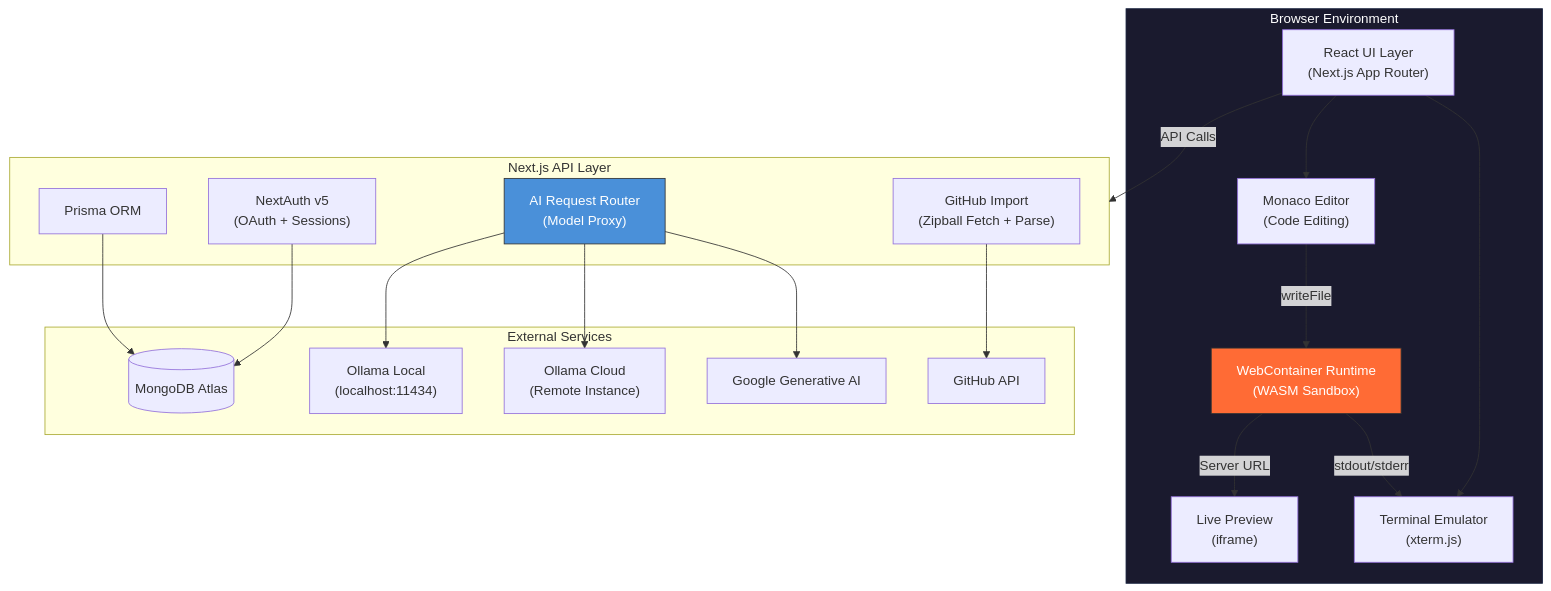
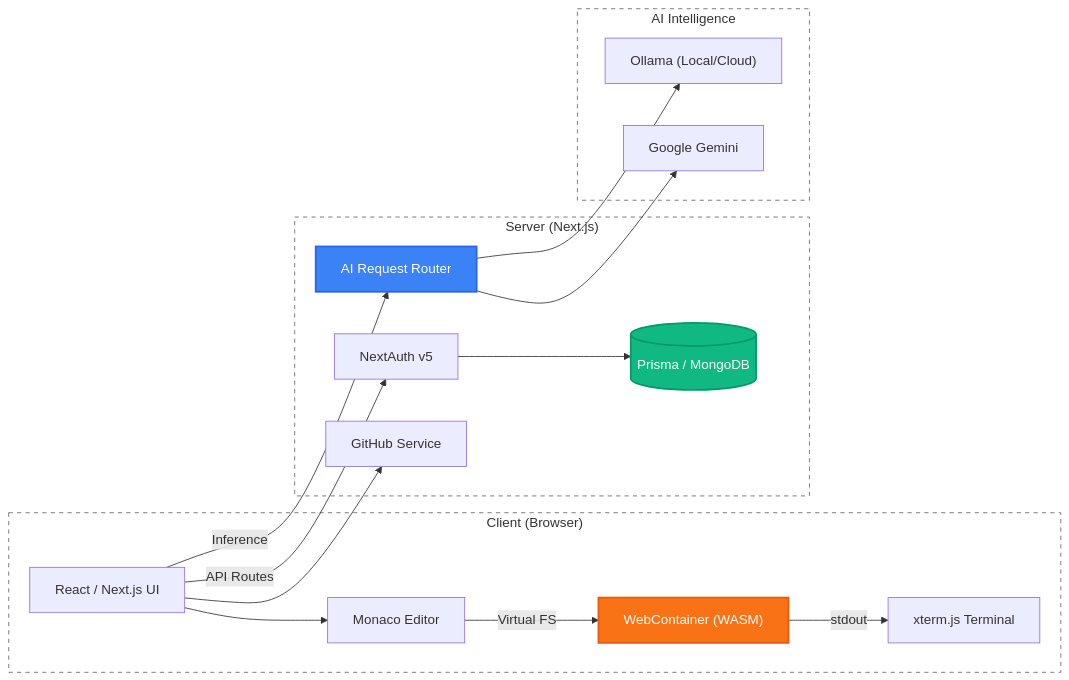
The diagram in README.md (ArunSingh-07/Nimbus), drawn with Mermaid before and after one commit.

Commit message:
docs: improve architecture diagram readability in README

````diff
--- a/README.md
+++ b/README.md
@@ -51,43 +51,40 @@
 ```mermaid
-graph TB
-    subgraph Browser["Browser Environment"]
-        UI["React UI Layer<br/>(Next.js App Router)"]
-        Monaco["Monaco Editor<br/>(Code Editing)"]
-        WC["WebContainer Runtime<br/>(WASM Sandbox)"]
-        Preview["Live Preview<br/>(iframe)"]
-        Terminal["Terminal Emulator<br/>(xterm.js)"]
+graph LR
+    subgraph Client ["Client (Browser)"]
+        UI["React / Next.js UI"]
+        Editor["Monaco Editor"]
+        WC["WebContainer (WASM)"]
+        Term["xterm.js Terminal"]
         
-        UI --> Monaco
-        UI --> Terminal
-        Monaco -->|"writeFile"| WC
-        WC -->|"Server URL"| Preview
-        WC -->|"stdout/stderr"| Terminal
+        UI --> Editor
+        Editor -->|"Virtual FS"| WC
+        WC -->|"stdout"| Term
     end
-    
-    subgraph Server["Next.js API Layer"]
-        Auth["NextAuth v5<br/>(OAuth + Sessions)"]
-        AIRouter["AI Request Router<br/>(Model Proxy)"]
-        GH["GitHub Import<br/>(Zipball Fetch + Parse)"]
-        DB["Prisma ORM"]
+
+    subgraph Server ["Server (Next.js)"]
+        Auth["NextAuth v5"]
+        Router["AI Request Router"]
+        GH["GitHub Service"]
+        DB[("Prisma / MongoDB")]
     end
-    
-    subgraph External["External Services"]
-        MongoDB[(MongoDB Atlas)]
-        OllamaLocal["Ollama Local<br/>(localhost:11434)"]
-        OllamaCloud["Ollama Cloud<br/>(Remote Instance)"]
-        Gemini["Google Generative AI"]
-        GitHub["GitHub API"]
+
+    subgraph Models ["AI Intelligence"]
+        Ollama["Ollama (Local/Cloud)"]
+        Gemini["Google Gemini"]
     end
-    
-    UI -->|"API Calls"| Server
-    AIRouter --> OllamaLocal
-    AIRouter --> OllamaCloud
-    AIRouter --> Gemini
-    Auth --> MongoDB
-    DB --> MongoDB
-    GH --> GitHub
-    
-    style WC fill:#ff6b35,stroke:#333,color:#fff
-    style AIRouter fill:#4a90d9,stroke:#333,color:#fff
-    style Browser fill:#1a1a2e,stroke:#16213e,color:#fff
+
+    UI -->|"API Routes"| Auth
+    UI -->|"Inference"| Router
+    Router --> Ollama
+    Router --> Gemini
+    Auth --> DB
+    UI --> GH
+
+    %% Styling
+    style WC fill:#f97316,stroke:#ea580c,color:#fff,stroke-width:2px
+    style Router fill:#3b82f6,stroke:#2563eb,color:#fff,stroke-width:2px
+    style DB fill:#10b981,stroke:#059669,color:#fff,stroke-width:2px
+    style Client fill:none,stroke:#666,stroke-dasharray: 5 5
+    style Server fill:none,stroke:#666,stroke-dasharray: 5 5
+    style Models fill:none,stroke:#666,stroke-dasharray: 5 5
 ```
````
